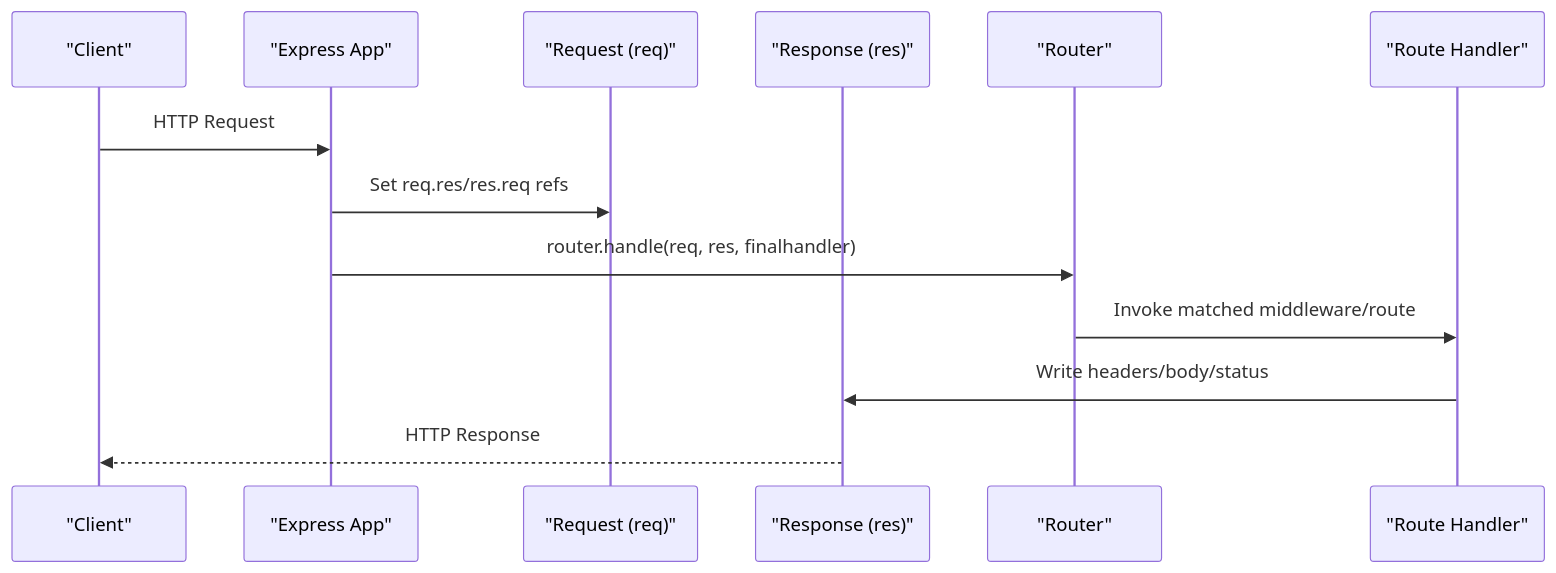
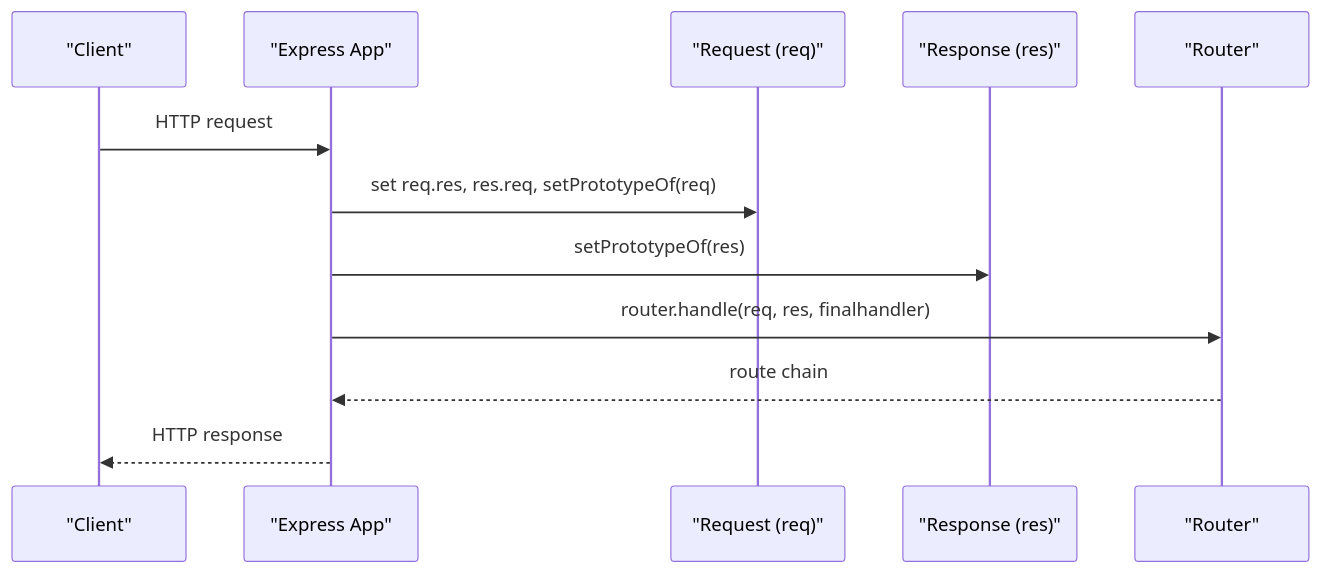
The second of 3 diagrams in .qoder/repowiki/en/content/API Reference/API Reference.md (mandalpiyush/express), drawn with Mermaid before and after one commit. The commit also changed other lines of this file and 137 other files, not shown here.

````diff
--- a/.qoder/repowiki/en/content/API Reference/API Reference.md
+++ b/.qoder/repowiki/en/content/API Reference/API Reference.md
@@ -85,15 +91,14 @@
 ```mermaid
 sequenceDiagram
 participant Client as "Client"
 participant App as "Express App"
 participant Req as "Request (req)"
 participant Res as "Response (res)"
 participant Router as "Router"
-participant Handler as "Route Handler"
-Client->>App : HTTP Request
-App->>Req : Set req.res/res.req refs
+Client->>App : HTTP request
+App->>Req : set req.res, res.req, setPrototypeOf(req)
+App->>Res : setPrototypeOf(res)
 App->>Router : router.handle(req, res, finalhandler)
-Router->>Handler : Invoke matched middleware/route
-Handler->>Res : Write headers/body/status
-Res-->>Client : HTTP Response
+Router-->>App : route chain
+App-->>Client : HTTP response
 ```
````
